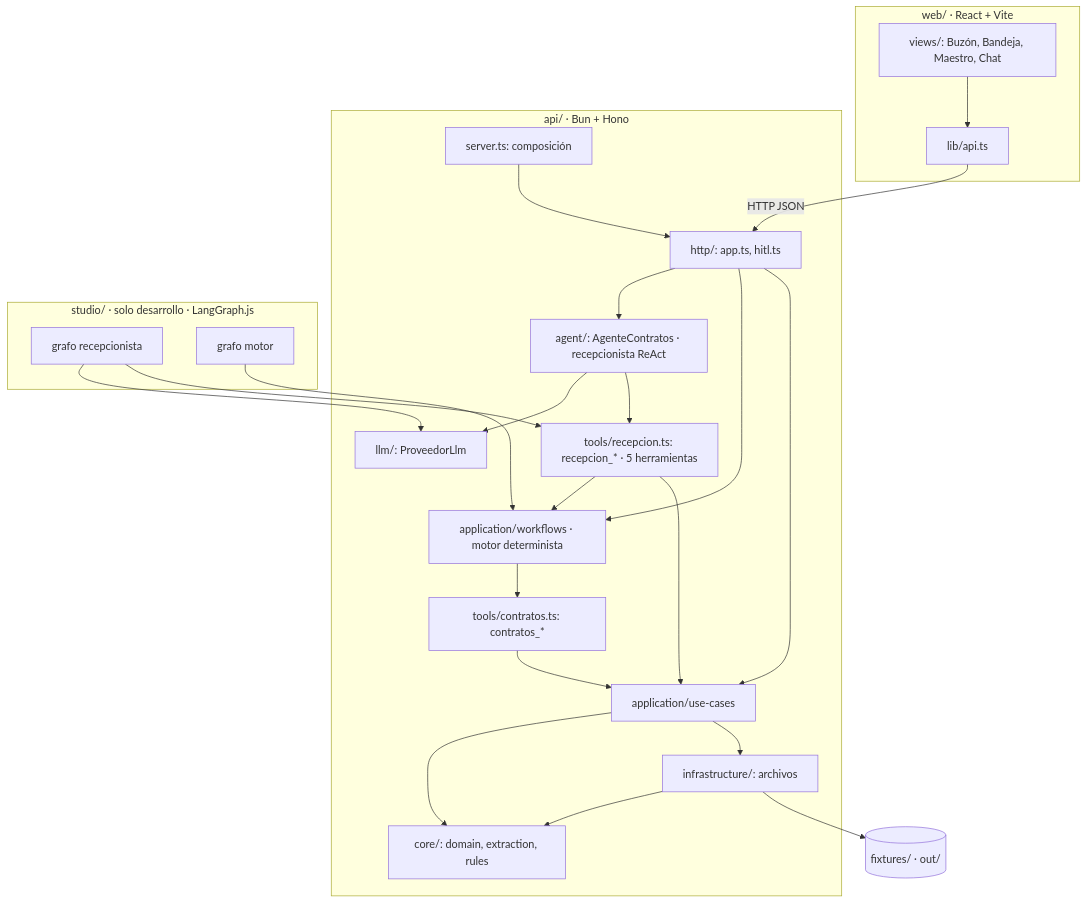
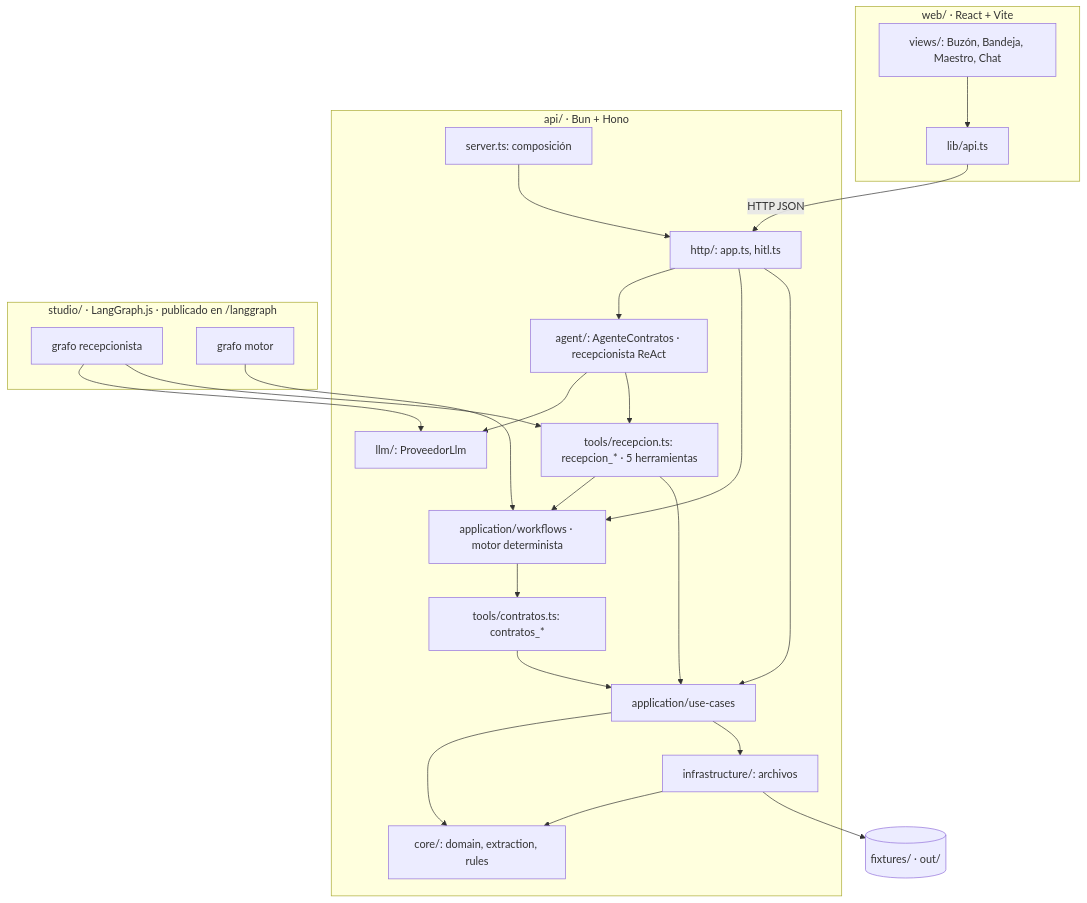
Before and after one commit to bue221/reto-02-agente-contratos: the first of 2 diagrams in docs/wiki/Architecture.md, drawn with Mermaid. The commit also changed 31 other files, not shown here.

First line of the commit message:
feat(studio): Publish LangGraph Studio through the API and link it from the web

````diff
--- a/docs/wiki/Architecture.md
+++ b/docs/wiki/Architecture.md
@@ -5,45 +5,45 @@
 ```mermaid
 flowchart TB
   subgraph Front["web/ · React + Vite"]
     Views[views/: Buzón, Bandeja, Maestro, Chat]
     Client[lib/api.ts]
     Views --> Client
   end
 
   subgraph Backend["api/ · Bun + Hono"]
     Server[server.ts: composición]
     API[http/: app.ts, hitl.ts]
     Agent[agent/: AgenteContratos · recepcionista ReAct]
     LLM[llm/: ProveedorLlm]
     Recepcion[tools/recepcion.ts: recepcion_* · 5 herramientas]
     Workflows[application/workflows · motor determinista]
     Tools[tools/contratos.ts: contratos_*]
     UseCases[application/use-cases]
     Core[core/: domain, extraction, rules]
     Infra[infrastructure/: archivos]
   end
 
   Client -->|HTTP JSON| API
   Server --> API
   API --> Agent
   API --> Workflows
   API --> UseCases
   Agent --> LLM
   Agent --> Recepcion
   Recepcion --> Workflows
   Recepcion --> UseCases
   Workflows --> Tools
   Tools --> UseCases
   UseCases --> Core
   UseCases --> Infra
   Infra --> Core
   Infra --> FS[(fixtures/ · out/)]
 
-  subgraph Studio["studio/ · solo desarrollo · LangGraph.js"]
+  subgraph Studio["studio/ · LangGraph.js · publicado en /langgraph"]
     GR[grafo recepcionista]
     GM[grafo motor]
   end
   GR --> LLM
   GR --> Recepcion
   GM --> Workflows
 ```
````
